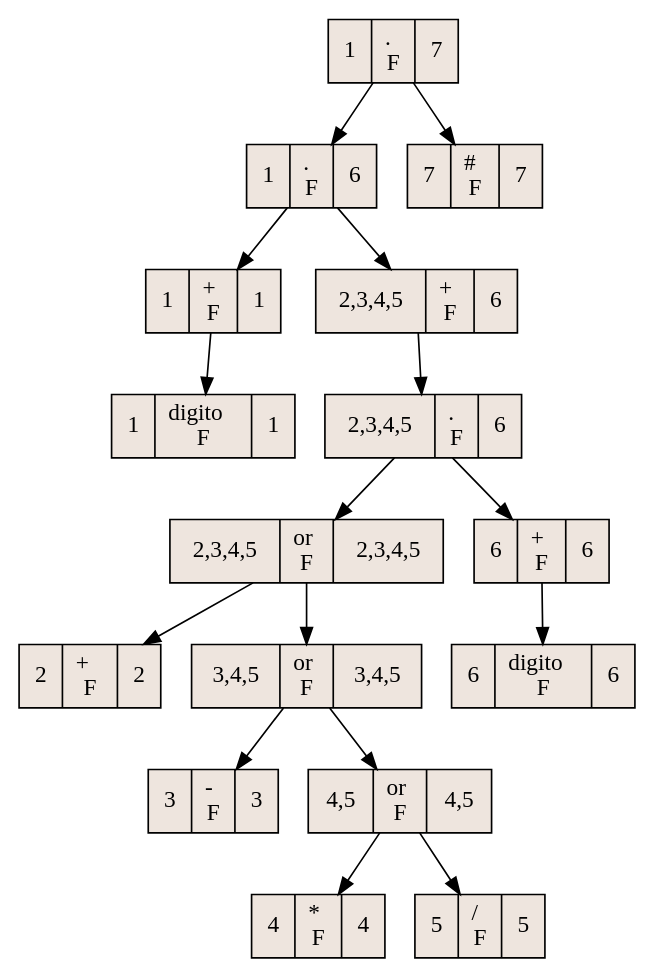
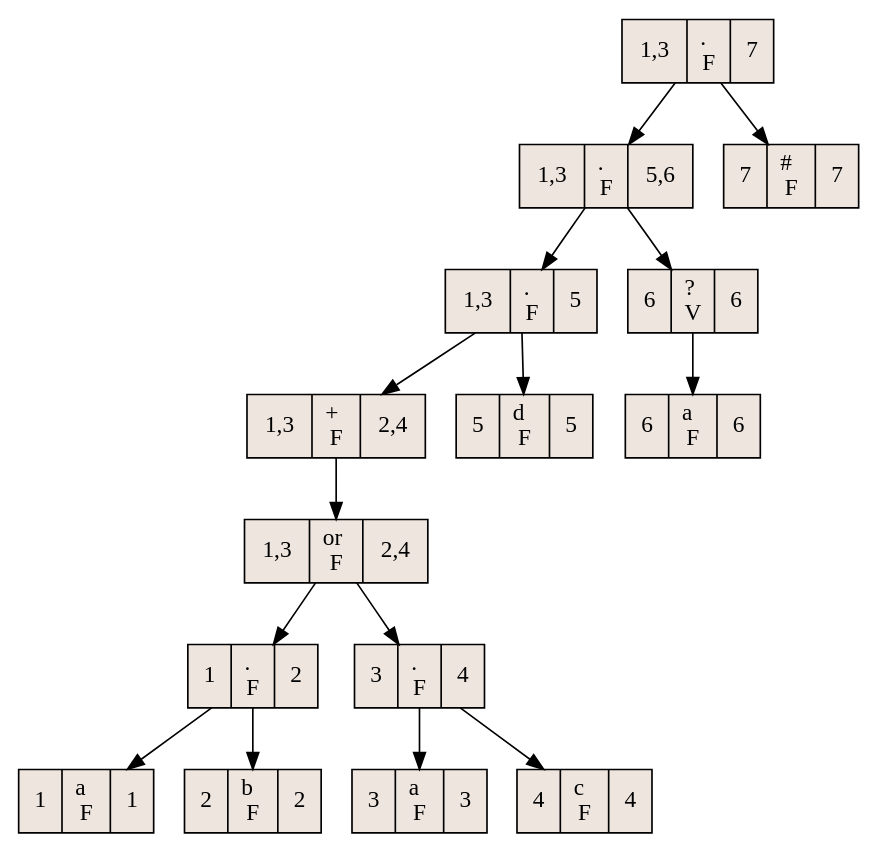
The diagram in aux_grafico.dot (elJuanjoRamos/OLC1_Practica1), drawn with Graphviz before and after one commit. The commit also changed 22 other files, not shown here.

```diff
--- a/aux_grafico.dot
+++ b/aux_grafico.dot
@@ -1,35 +1,33 @@
 digraph grafica{
 rankdir=TB;
 node [shape = record, style=filled, fillcolor=seashell2];
-nodo66 [ label ="1|.\lF|7"];
-nodo64 [ label ="1|.\lF|6"];
-nodo63 [ label ="1|+\lF|1"];
-nodo62 [ label ="1|digito\lF|1"];
-nodo63->nodo62
-nodo64->nodo63
-nodo61 [ label ="2,3,4,5|+\lF|6"];
-nodo60 [ label ="2,3,4,5|.\lF|6"];
-nodo59 [ label ="2,3,4,5|or\lF|2,3,4,5"];
-nodo58 [ label ="2| + \lF|2"];
+nodo65 [ label ="1,3|.\lF|7"];
+nodo63 [ label ="1,3|.\lF|5,6"];
+nodo62 [ label ="1,3|.\lF|5"];
+nodo61 [ label ="1,3|+\lF|2,4"];
+nodo60 [ label ="1,3|or\lF|2,4"];
+nodo59 [ label ="1|.\lF|2"];
+nodo58 [ label ="1| a \lF|1"];
 nodo59->nodo58
-nodo57 [ label ="3,4,5|or\lF|3,4,5"];
-nodo56 [ label ="3| - \lF|3"];
-nodo57->nodo56
-nodo55 [ label ="4,5|or\lF|4,5"];
-nodo54 [ label ="4| * \lF|4"];
-nodo55->nodo54
-nodo53 [ label ="5| / \lF|5"];
-nodo55->nodo53
-nodo57->nodo55
+nodo57 [ label ="2| b \lF|2"];
 nodo59->nodo57
 nodo60->nodo59
-nodo52 [ label ="6|+\lF|6"];
-nodo51 [ label ="6|digito\lF|6"];
+nodo56 [ label ="3|.\lF|4"];
+nodo55 [ label ="3| a \lF|3"];
+nodo56->nodo55
+nodo54 [ label ="4| c \lF|4"];
+nodo56->nodo54
+nodo60->nodo56
+nodo61->nodo60
+nodo62->nodo61
+nodo53 [ label ="5| d \lF|5"];
+nodo62->nodo53
+nodo63->nodo62
+nodo52 [ label ="6|?\lV|6"];
+nodo51 [ label ="6| a \lF|6"];
 nodo52->nodo51
-nodo60->nodo52
-nodo61->nodo60
-nodo64->nodo61
-nodo66->nodo64
-nodo65 [ label ="7|#\lF|7"];
-nodo66->nodo65
+nodo63->nodo52
+nodo65->nodo63
+nodo64 [ label ="7|#\lF|7"];
+nodo65->nodo64
 }
```
